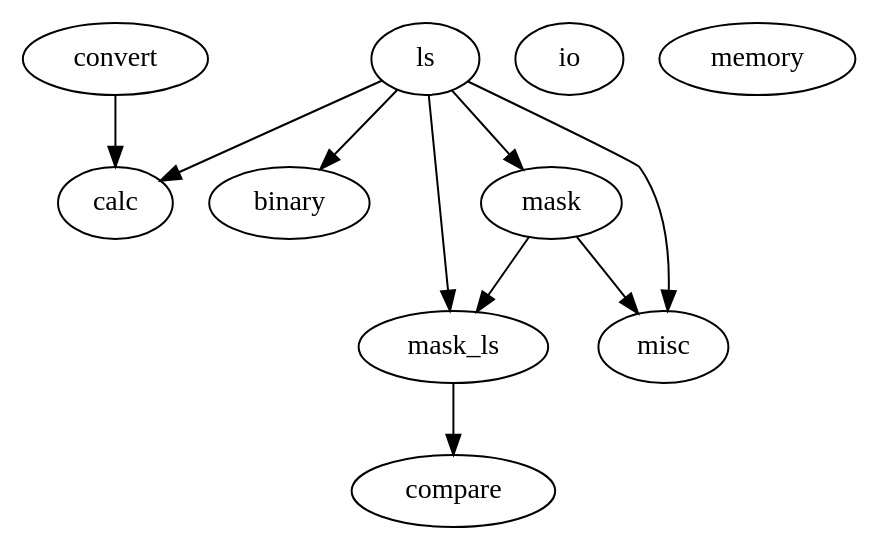
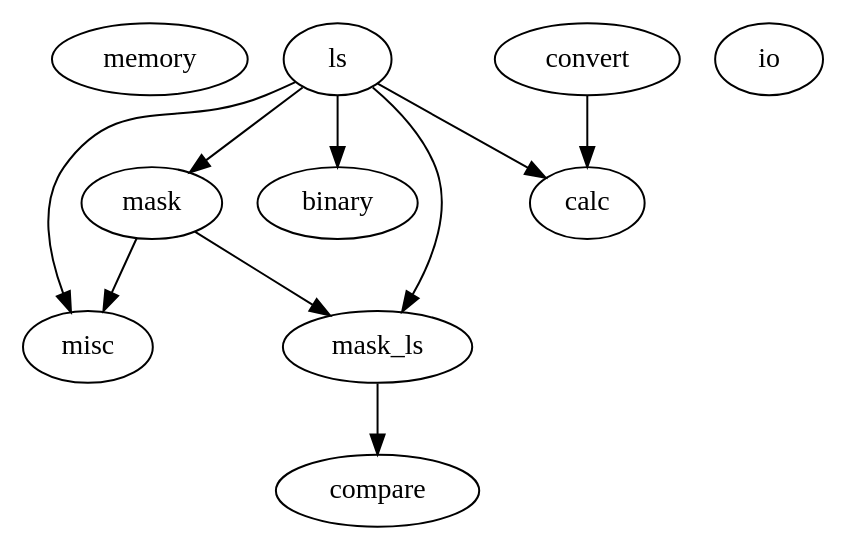
Before and after one commit to DerTuchi/TSL: the diagram in class_graph.dot, drawn with Graphviz. The commit also changed other lines of this file and 25 other files, not shown here.

```diff
--- a/class_graph.dot
+++ b/class_graph.dot
@@ -1,21 +1,21 @@
 strict digraph  {
+memory;
+mask;
 ls;
+misc;
 calc;
 convert;
+binary;
 io;
-memory;
-binary;
 mask_ls;
-mask;
 compare;
-misc;
+mask -> misc;
+mask -> mask_ls;
+ls -> mask;
+ls -> misc;
 ls -> calc;
 ls -> binary;
 ls -> mask_ls;
-ls -> mask;
-ls -> misc;
 convert -> calc;
 mask_ls -> compare;
-mask -> mask_ls;
-mask -> misc;
 }
```
